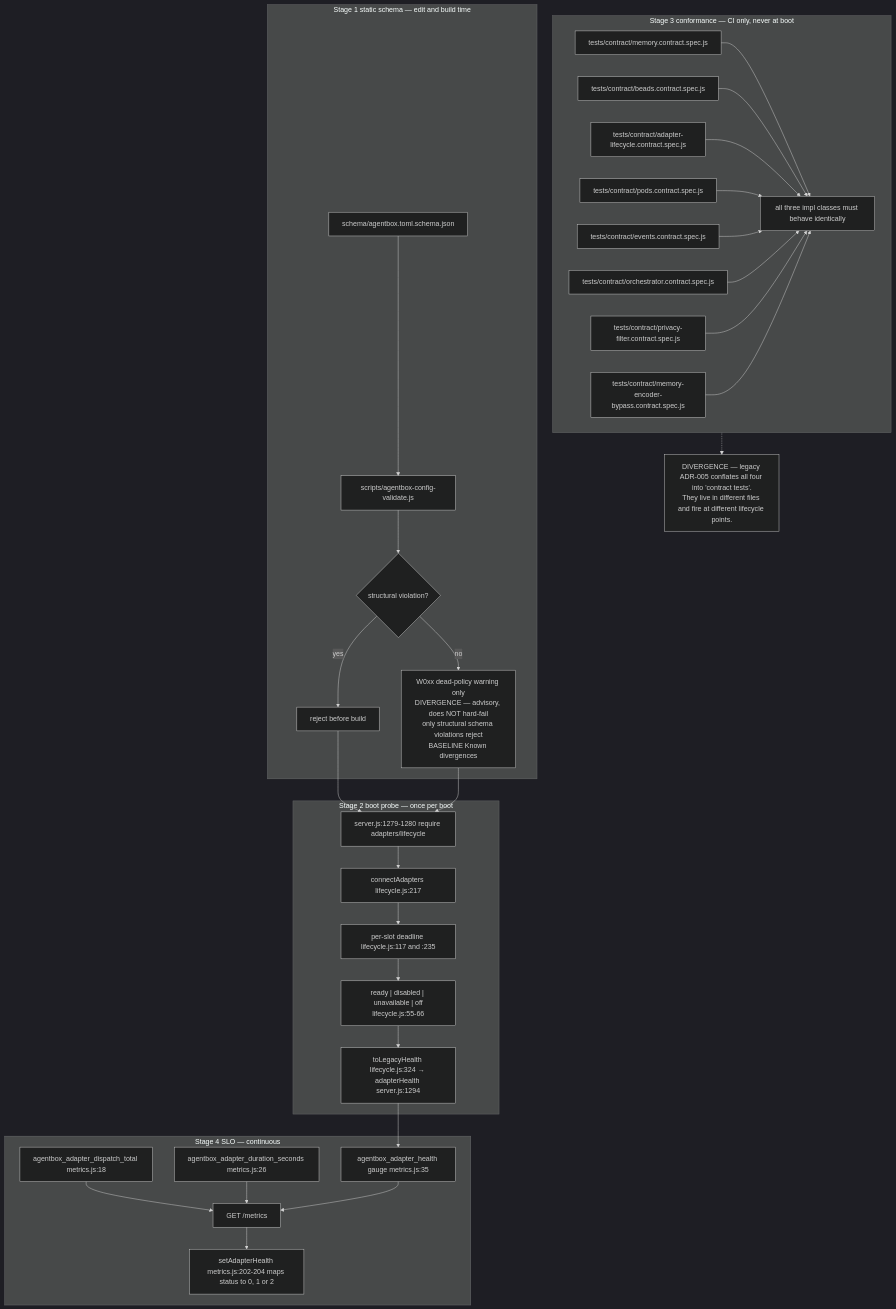
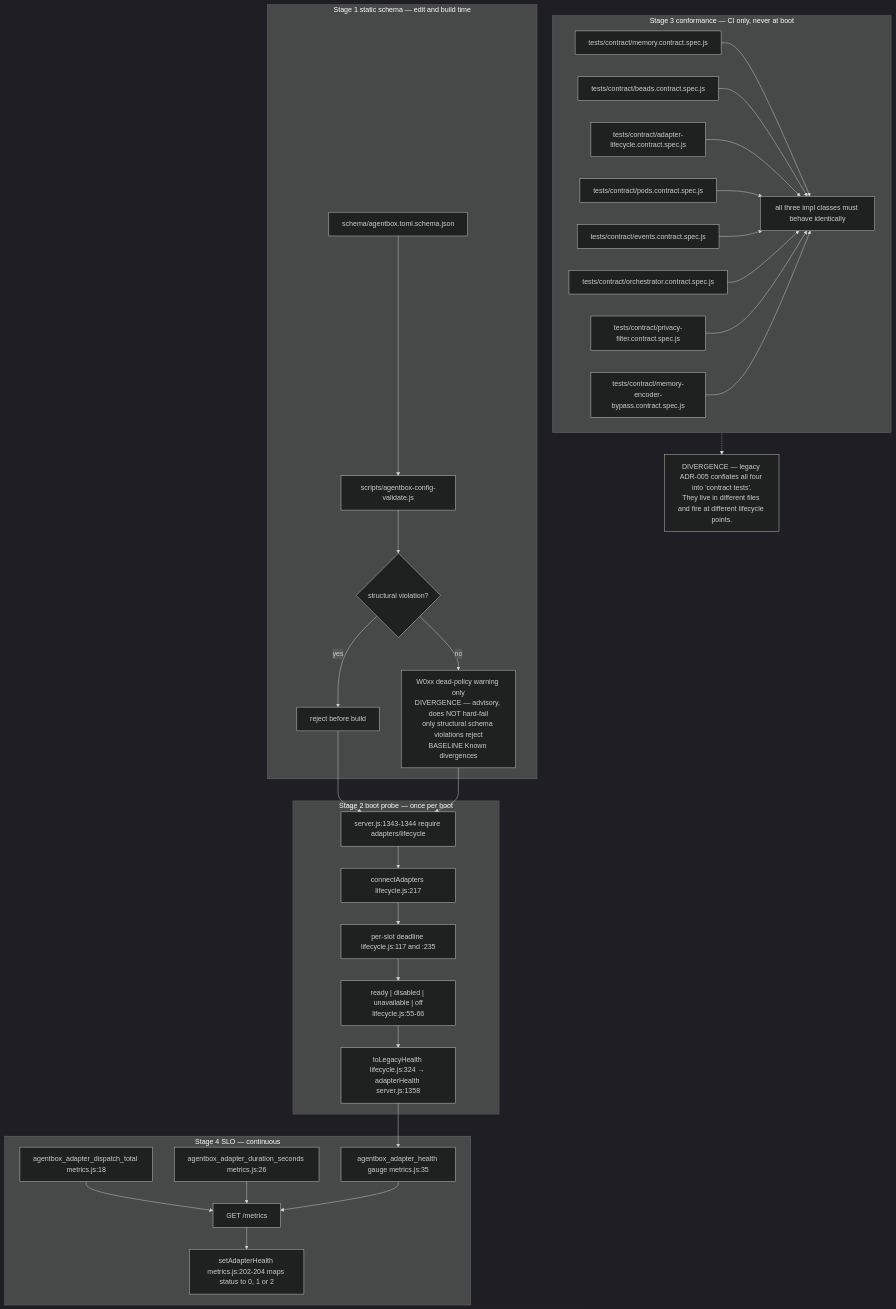
One commit to DreamLab-AI/VisionFlow changed diagram 14 of 15 in docs/diagrams/agentbox/04-adapter-spine.md. Above: the diagram before and after it, drawn with Mermaid (dark theme). The commit also changed other lines of this file and 111 other files, not shown here.

Commit message:
docs(diagrams): align estate maps with current source

````diff
--- a/docs/diagrams/agentbox/04-adapter-spine.md
+++ b/docs/diagrams/agentbox/04-adapter-spine.md
@@ -587,35 +587,35 @@
 ```mermaid
 flowchart TD
     subgraph S1["Stage 1 static schema — edit and build time"]
         A1["schema/agentbox.toml.schema.json"] --> A2["scripts/agentbox-config-validate.js"]
         A2 --> A3{"structural violation?"}
         A3 -->|yes| A4["reject before build"]
         A3 -->|"no"| A5["W0xx dead-policy warning only<br/>DIVERGENCE — advisory, does NOT hard-fail<br/>only structural schema violations reject<br/>BASELINE Known divergences"]
     end
     subgraph S2["Stage 2 boot probe — once per boot"]
-        B1["server.js:1279-1280 require adapters/lifecycle"] --> B2["connectAdapters lifecycle.js:217"]
+        B1["server.js:1343-1344 require adapters/lifecycle"] --> B2["connectAdapters lifecycle.js:217"]
         B2 --> B3["per-slot deadline lifecycle.js:117 and :235"]
         B3 --> B4["ready | disabled | unavailable | off<br/>lifecycle.js:55-66"]
-        B4 --> B5["toLegacyHealth lifecycle.js:324 → adapterHealth server.js:1294"]
+        B4 --> B5["toLegacyHealth lifecycle.js:324 → adapterHealth server.js:1358"]
     end
     subgraph S3["Stage 3 conformance — CI only, never at boot"]
         C1["tests/contract/memory.contract.spec.js"] --> C4["all three impl classes must behave identically"]
         C2["tests/contract/beads.contract.spec.js"] --> C4
         C3["tests/contract/adapter-lifecycle.contract.spec.js"] --> C4
         C5["tests/contract/pods.contract.spec.js"] --> C4
         C6["tests/contract/events.contract.spec.js"] --> C4
         C7["tests/contract/orchestrator.contract.spec.js"] --> C4
         C8["tests/contract/privacy-filter.contract.spec.js"] --> C4
         C9["tests/contract/memory-encoder-bypass.contract.spec.js"] --> C4
     end
     subgraph S4["Stage 4 SLO — continuous"]
         D1["agentbox_adapter_dispatch_total metrics.js:18"] --> D4["GET /metrics"]
         D2["agentbox_adapter_duration_seconds metrics.js:26"] --> D4
         D3["agentbox_adapter_health gauge metrics.js:35"] --> D4
         D4 --> D5["setAdapterHealth metrics.js:202-204 maps status to 0, 1 or 2"]
     end
     A4 --> B1
     A5 --> B1
     B5 --> D3
     S3 -.-> NOTE["DIVERGENCE — legacy ADR-005 conflates all four into 'contract tests'.<br/>They live in different files and fire at different lifecycle points."]
 ```
````
